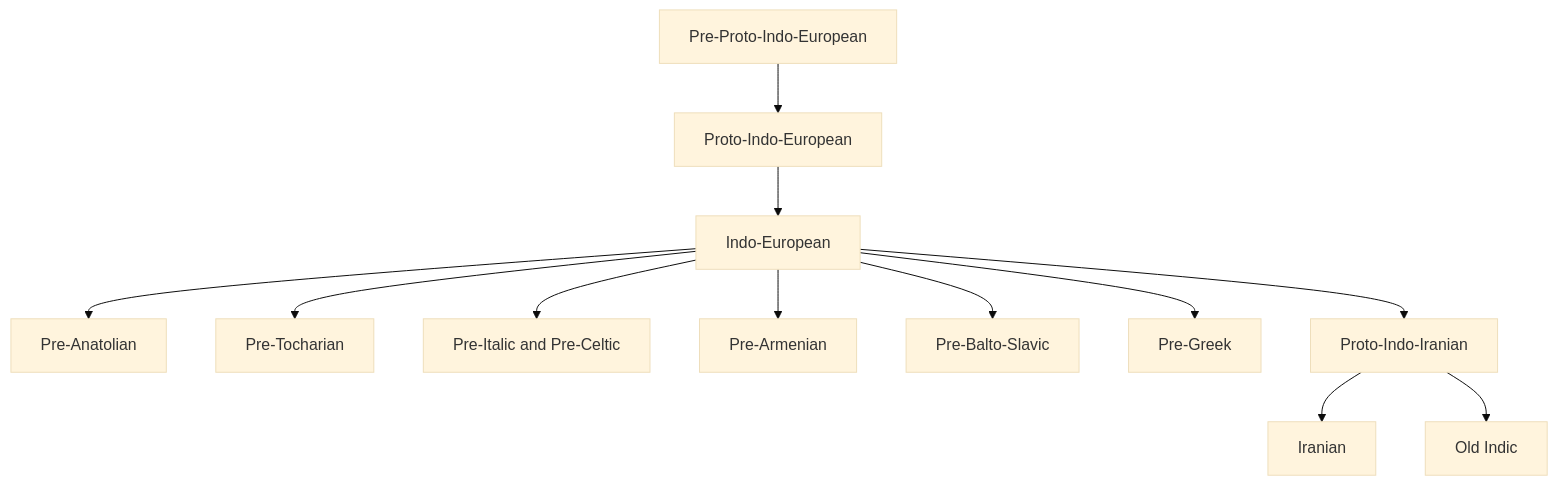
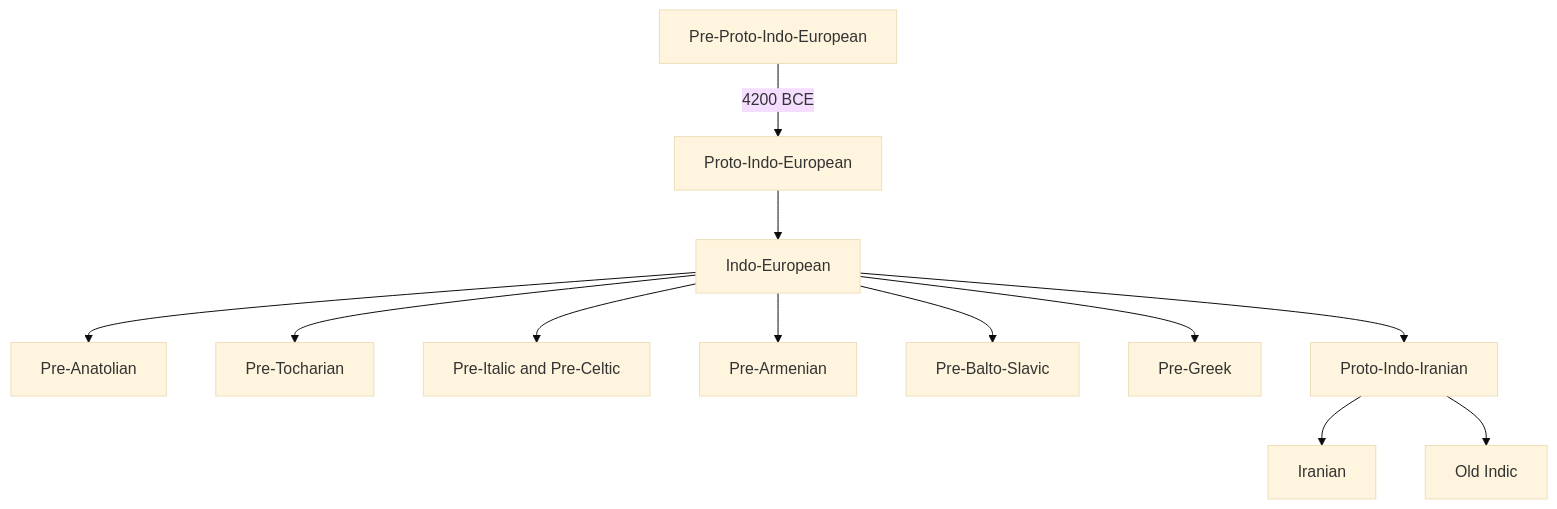
Before and after one commit to soup-bp/lang-treemod-map: the diagram in README.md, drawn with Mermaid (base theme).

````diff
--- a/README.md
+++ b/README.md
@@ -6,28 +6,29 @@
 ```mermaid
 graph TD;
     id1[Pre-Proto-Indo-European];
     id2[Proto-Indo-European];
     id3[Indo-European];
     id4[Pre-Anatolian];
     id5[Pre-Tocharian];
     id6[Pre-Italic and Pre-Celtic];
     id7[Pre-Armenian];
     id8[Pre-Balto-Slavic];
     id9[Pre-Greek];
     id10[Proto-Indo-Iranian];
     id11[Iranian];
     id12[Old Indic];
-    id1-->id2;
+    
+    id1-->|4200 BCE|id2;
     id2-->id3;
     id3-->id4;
     id3-->id5;
     id3-->id6;
     id3-->id7;
     id3-->id8;
     id3-->id9;
     id3-->id10;
     id10-->id11;
     id10-->id12;
 
    
 ```
````
